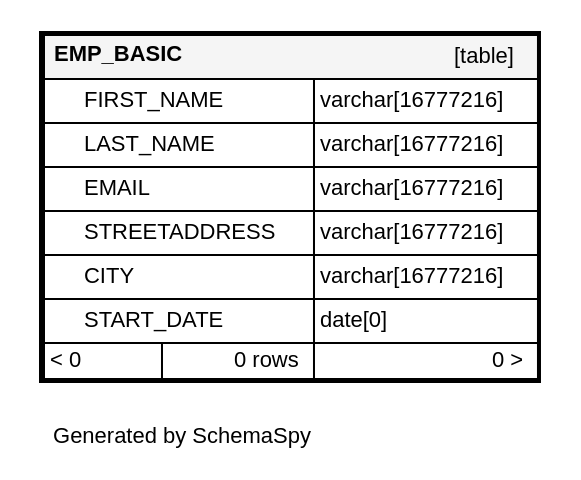
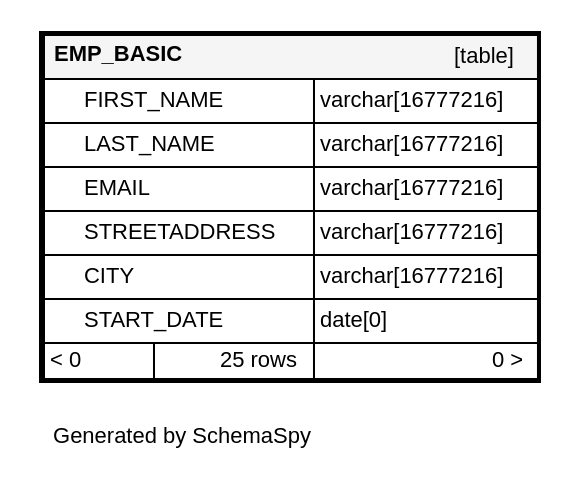
One commit to Novachevski/snowflake_demo changed the diagram in diagrams/tables/EMP_BASIC.1degree.dot. Above: the diagram before and after it, drawn with Graphviz. The commit also changed 9 other files, not shown here.

```diff
--- a/diagrams/tables/EMP_BASIC.1degree.dot
+++ b/diagrams/tables/EMP_BASIC.1degree.dot
@@ -1,19 +1,19 @@
 digraph "oneDegreeRelationshipsDiagram" {
   graph [    rankdir="RL"    bgcolor="#ffffff"    label="\nGenerated by SchemaSpy"    labeljust="l"    nodesep="0.18"    ranksep="0.46"    fontname="Helvetica"    fontsize="11"    ration="compress"  ];  node [    fontname="Helvetica"    fontsize="11"    shape="plaintext"  ];  edge [    arrowsize="0.8"  ];
   "EMP_BASIC" [
    label=<
     <TABLE BORDER="2" CELLBORDER="1" CELLSPACING="0" BGCOLOR="#ffffff">
       <TR><TD COLSPAN="4"  BGCOLOR="#f5f5f5"><TABLE BORDER="0" CELLSPACING="0"><TR><TD ALIGN="LEFT" FIXEDSIZE="TRUE" WIDTH="75" HEIGHT="16"><B>EMP_BASIC</B></TD><TD ALIGN="RIGHT">[table]</TD></TR></TABLE></TD></TR>
       <TR><TD PORT="FIRST_NAME" COLSPAN="2" ALIGN="LEFT"><TABLE BORDER="0" CELLSPACING="0" ALIGN="LEFT"><TR ALIGN="LEFT"><TD ALIGN="LEFT" FIXEDSIZE="TRUE" WIDTH="15" HEIGHT="16"></TD><TD ALIGN="LEFT" FIXEDSIZE="TRUE" WIDTH="114" HEIGHT="16">FIRST_NAME</TD></TR></TABLE></TD><TD PORT="FIRST_NAME.type" ALIGN="LEFT">varchar[16777216]</TD></TR>
       <TR><TD PORT="LAST_NAME" COLSPAN="2" ALIGN="LEFT"><TABLE BORDER="0" CELLSPACING="0" ALIGN="LEFT"><TR ALIGN="LEFT"><TD ALIGN="LEFT" FIXEDSIZE="TRUE" WIDTH="15" HEIGHT="16"></TD><TD ALIGN="LEFT" FIXEDSIZE="TRUE" WIDTH="114" HEIGHT="16">LAST_NAME</TD></TR></TABLE></TD><TD PORT="LAST_NAME.type" ALIGN="LEFT">varchar[16777216]</TD></TR>
       <TR><TD PORT="EMAIL" COLSPAN="2" ALIGN="LEFT"><TABLE BORDER="0" CELLSPACING="0" ALIGN="LEFT"><TR ALIGN="LEFT"><TD ALIGN="LEFT" FIXEDSIZE="TRUE" WIDTH="15" HEIGHT="16"></TD><TD ALIGN="LEFT" FIXEDSIZE="TRUE" WIDTH="114" HEIGHT="16">EMAIL</TD></TR></TABLE></TD><TD PORT="EMAIL.type" ALIGN="LEFT">varchar[16777216]</TD></TR>
       <TR><TD PORT="STREETADDRESS" COLSPAN="2" ALIGN="LEFT"><TABLE BORDER="0" CELLSPACING="0" ALIGN="LEFT"><TR ALIGN="LEFT"><TD ALIGN="LEFT" FIXEDSIZE="TRUE" WIDTH="15" HEIGHT="16"></TD><TD ALIGN="LEFT" FIXEDSIZE="TRUE" WIDTH="114" HEIGHT="16">STREETADDRESS</TD></TR></TABLE></TD><TD PORT="STREETADDRESS.type" ALIGN="LEFT">varchar[16777216]</TD></TR>
       <TR><TD PORT="CITY" COLSPAN="2" ALIGN="LEFT"><TABLE BORDER="0" CELLSPACING="0" ALIGN="LEFT"><TR ALIGN="LEFT"><TD ALIGN="LEFT" FIXEDSIZE="TRUE" WIDTH="15" HEIGHT="16"></TD><TD ALIGN="LEFT" FIXEDSIZE="TRUE" WIDTH="114" HEIGHT="16">CITY</TD></TR></TABLE></TD><TD PORT="CITY.type" ALIGN="LEFT">varchar[16777216]</TD></TR>
       <TR><TD PORT="START_DATE" COLSPAN="2" ALIGN="LEFT"><TABLE BORDER="0" CELLSPACING="0" ALIGN="LEFT"><TR ALIGN="LEFT"><TD ALIGN="LEFT" FIXEDSIZE="TRUE" WIDTH="15" HEIGHT="16"></TD><TD ALIGN="LEFT" FIXEDSIZE="TRUE" WIDTH="114" HEIGHT="16">START_DATE</TD></TR></TABLE></TD><TD PORT="START_DATE.type" ALIGN="LEFT">date[0]</TD></TR>
-      <TR><TD ALIGN="LEFT" BGCOLOR="#ffffff">&lt; 0</TD><TD ALIGN="RIGHT" BGCOLOR="#ffffff">0 rows</TD><TD ALIGN="RIGHT" BGCOLOR="#ffffff">0 &gt;</TD></TR>
+      <TR><TD ALIGN="LEFT" BGCOLOR="#ffffff">&lt; 0</TD><TD ALIGN="RIGHT" BGCOLOR="#ffffff">25 rows</TD><TD ALIGN="RIGHT" BGCOLOR="#ffffff">0 &gt;</TD></TR>
     </TABLE>>
     URL="EMP_BASIC.html"
     target="_top"
     tooltip="EMP_BASIC"
   ];
 }
```
